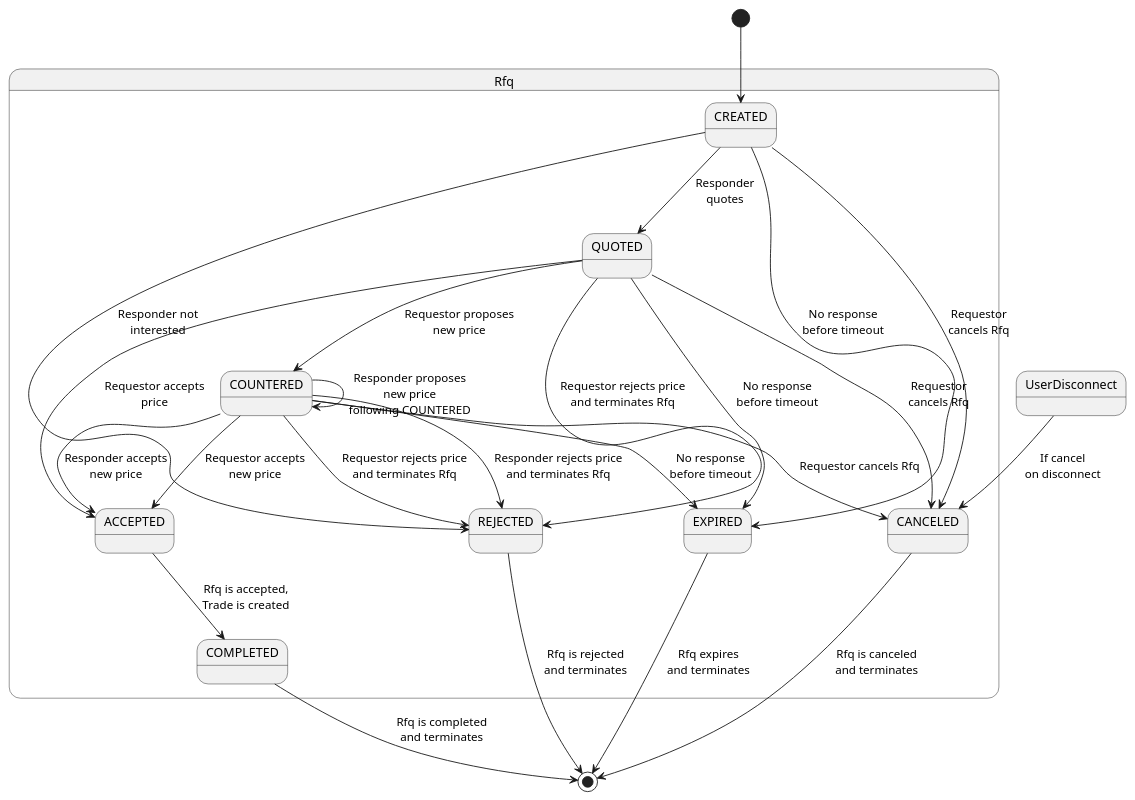
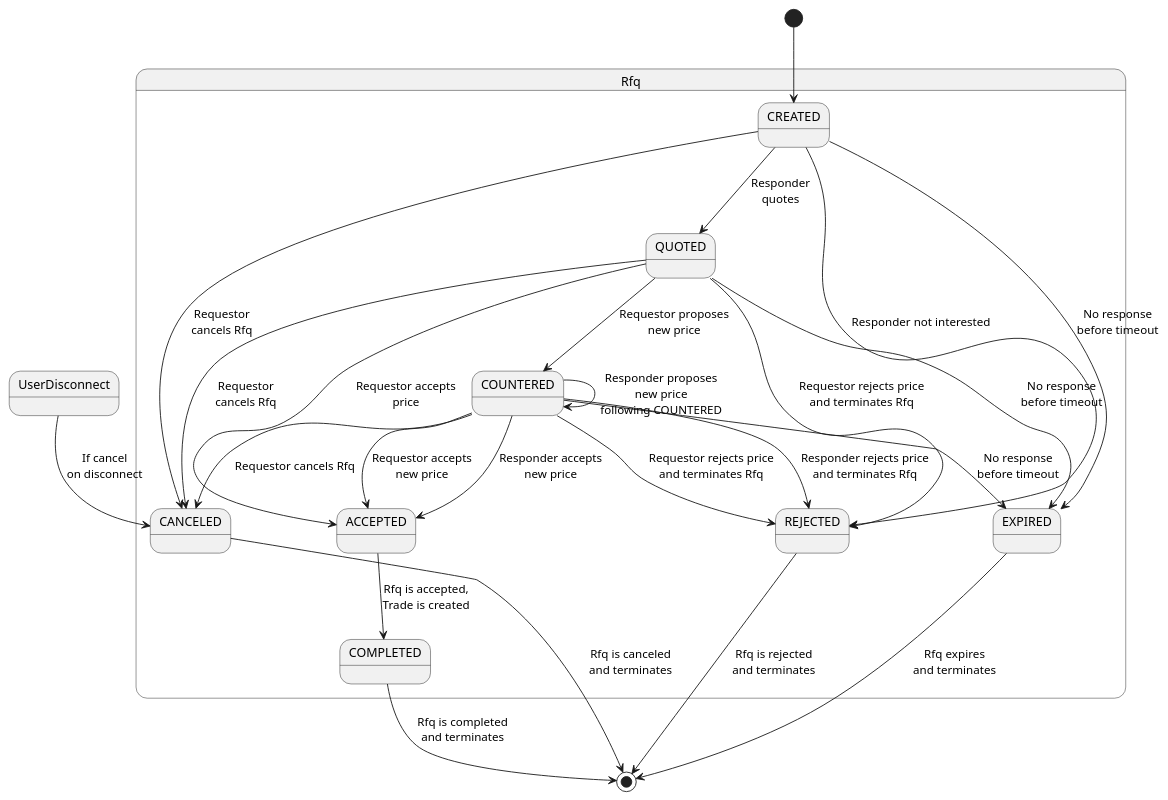
One commit to real-logic/aeron-cookbook-code changed the diagram in cluster-rfq/src/main/java/com/aeroncookbook/cluster/rfq/statemachine/states/rfq-states.puml. Above: the diagram before and after it, drawn with PlantUML. The commit also changed 93 other files, not shown here.

```diff
--- a/cluster-rfq/src/main/java/com/aeroncookbook/cluster/rfq/statemachine/states/rfq-states.puml
+++ b/cluster-rfq/src/main/java/com/aeroncookbook/cluster/rfq/statemachine/states/rfq-states.puml
@@ -1,32 +1,32 @@
 @startuml
 [*] --> Rfq.CREATED
 
-Rfq.CREATED --> Rfq.REJECTED : Responder not\ninterested
+Rfq.CREATED -> Rfq.REJECTED : Responder not interested
 Rfq.CREATED --> Rfq.QUOTED : Responder\nquotes
 Rfq.CREATED --> Rfq.EXPIRED : No response\nbefore timeout
 
 Rfq.QUOTED --> Rfq.COUNTERED : Requestor proposes\nnew price
 Rfq.QUOTED --> Rfq.ACCEPTED : Requestor accepts\nprice
 Rfq.QUOTED --> Rfq.REJECTED : Requestor rejects price\nand terminates Rfq
 Rfq.QUOTED --> Rfq.EXPIRED : No response\nbefore timeout
 
 Rfq.CREATED --> Rfq.CANCELED : Requestor\ncancels Rfq
 Rfq.QUOTED --> Rfq.CANCELED : Requestor\ncancels Rfq
 Rfq.COUNTERED --> Rfq.EXPIRED :  No response\nbefore timeout
 Rfq.COUNTERED --> Rfq.CANCELED :  Requestor cancels Rfq
 Rfq.COUNTERED --> Rfq.COUNTERED : Responder proposes\nnew price\nfollowing COUNTERED
 Rfq.COUNTERED --> Rfq.ACCEPTED : Requestor accepts\nnew price
 Rfq.COUNTERED --> Rfq.ACCEPTED : Responder accepts\nnew price
 Rfq.COUNTERED --> Rfq.REJECTED : Requestor rejects price\nand terminates Rfq
 Rfq.COUNTERED --> Rfq.REJECTED : Responder rejects price\nand terminates Rfq
 
 Rfq.ACCEPTED --> Rfq.COMPLETED : Rfq is accepted,\nTrade is created
 
 Rfq.REJECTED --> [*] : Rfq is rejected\nand terminates
 Rfq.COMPLETED --> [*] : Rfq is completed\nand terminates
 Rfq.CANCELED --> [*] : Rfq is canceled\nand terminates
 Rfq.EXPIRED --> [*] : Rfq expires\nand terminates
 
 UserDisconnect -down-> Rfq.CANCELED : If cancel\non disconnect
 
 @enduml
```
